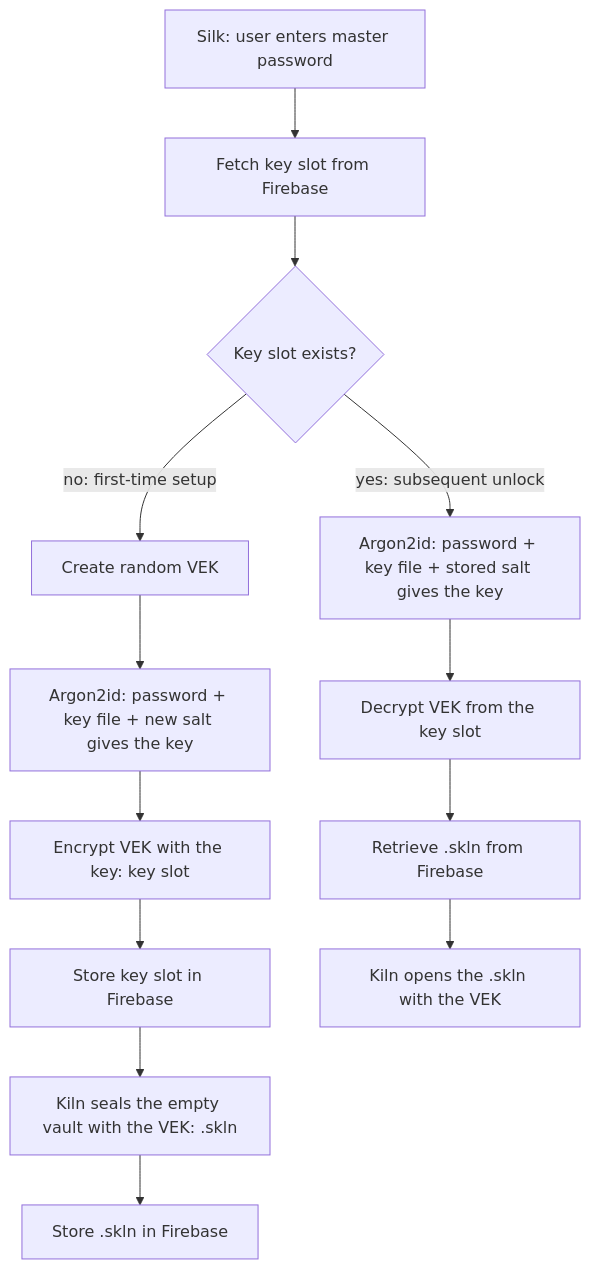
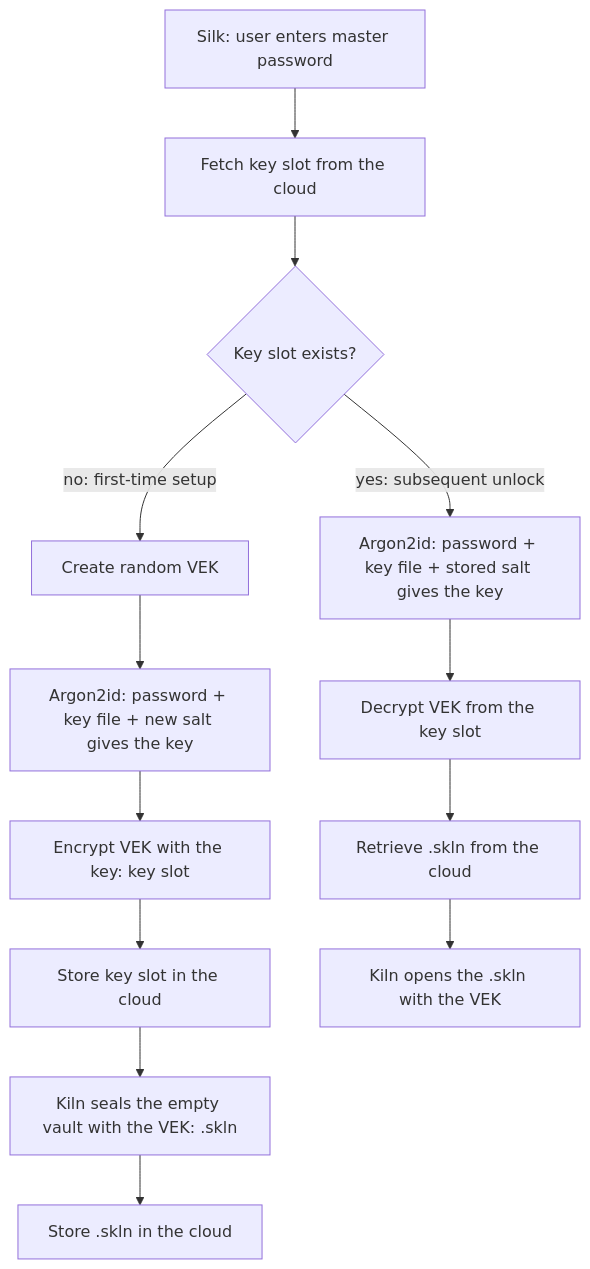
The diagram in docs/ARCHITECTURE.md (prokylebrandon2/silk), drawn with Mermaid before and after one commit. The commit also changed other lines of this file and 38 other files, not shown here.

First line of the commit message:
Refactor cloud architecture: transition from Firebase to Supabase for authentication and storage

````diff
--- a/docs/ARCHITECTURE.md
+++ b/docs/ARCHITECTURE.md
@@ -28,15 +28,15 @@
 ```mermaid
 flowchart TD
-  A[Silk: user enters master password] --> S[Fetch key slot from Firebase]
+  A[Silk: user enters master password] --> S[Fetch key slot from the cloud]
   S --> C{Key slot exists?}
   C -- "no: first-time setup" --> D[Create random VEK]
   D --> B1[Argon2id: password + key file + new salt gives the key]
   B1 --> E[Encrypt VEK with the key: key slot]
-  E --> F[Store key slot in Firebase]
+  E --> F[Store key slot in the cloud]
   F --> G[Kiln seals the empty vault with the VEK: .skln]
-  G --> H[Store .skln in Firebase]
+  G --> H[Store .skln in the cloud]
   C -- "yes: subsequent unlock" --> B2[Argon2id: password + key file + stored salt gives the key]
   B2 --> J[Decrypt VEK from the key slot]
-  J --> K[Retrieve .skln from Firebase]
+  J --> K[Retrieve .skln from the cloud]
   K --> L[Kiln opens the .skln with the VEK]
 ```
````
